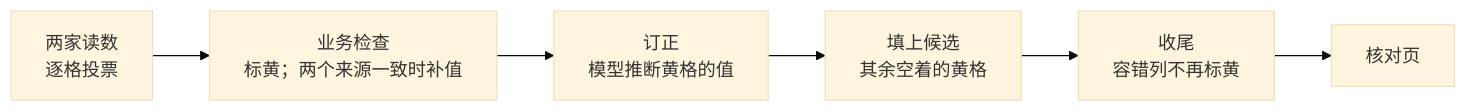
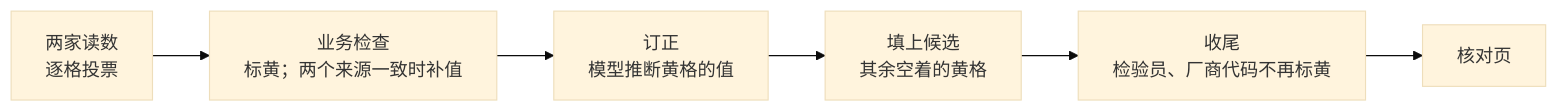
One commit to bencode/walden changed the diagram in apps/web/src/content/posts/handwritten-forms-2.mdx. Above: the diagram before and after it, drawn with Mermaid (base theme). The commit also changed other lines of this file and 11 other files, not shown here.

````diff
--- a/apps/web/src/content/posts/handwritten-forms-2.mdx
+++ b/apps/web/src/content/posts/handwritten-forms-2.mdx
@@ -47,8 +47,8 @@
 ```mermaid
 flowchart LR
   V["两家读数<br/>逐格投票"] --> C["业务检查<br/>标黄；两个来源一致时补值"]
   C --> R["订正<br/>模型推断黄格的值"]
   R --> F["填上候选<br/>其余空着的黄格"]
-  F --> S["收尾<br/>容错列不再标黄"]
+  F --> S["收尾<br/>检验员、厂商代码不再标黄"]
   S --> H["核对页"]
 ```
````
